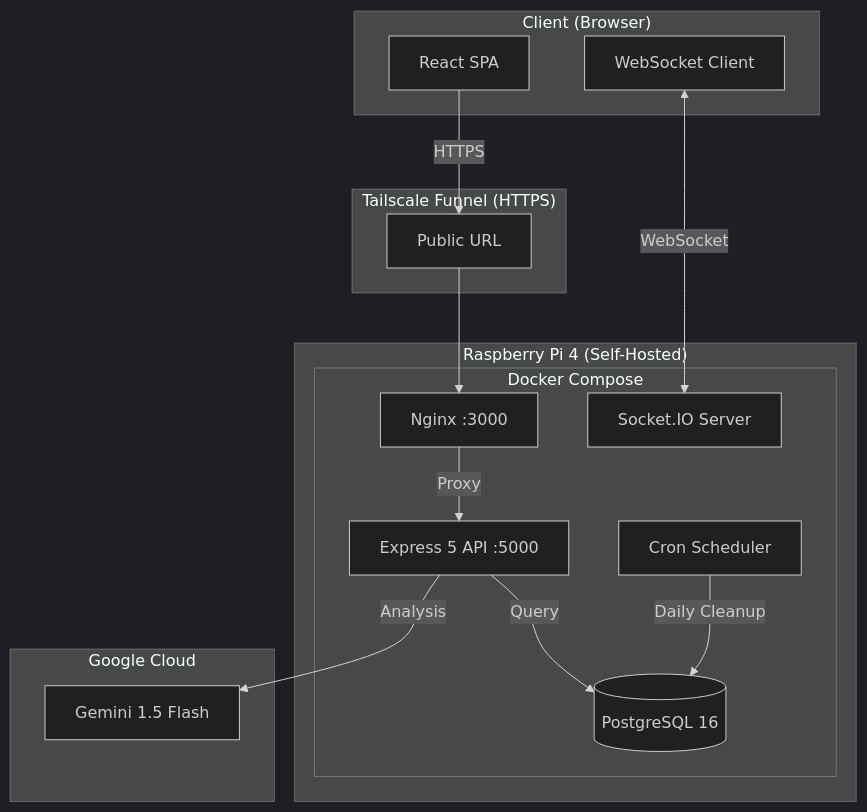
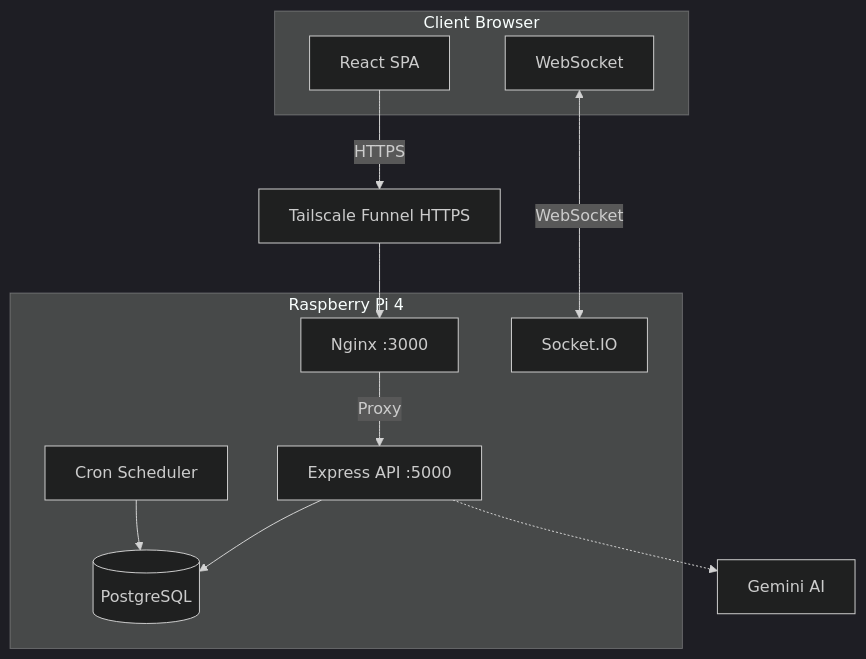
The third of 11 diagrams in README.md (doublesilver/subway-board), drawn with Mermaid (dark theme) before and after one commit. The commit also changed other lines of this file, not shown here.

Commit message:
fix: simplify mermaid diagrams for better rendering
- Remove nested subgraphs that cause rendering issues
- Simplify node names and connections
- Fix broken flowchart connections

````diff
--- a/README.md
+++ b/README.md
@@ -204,33 +195,27 @@
 ```mermaid
 flowchart TB
-    subgraph Client["Client (Browser)"]
+    subgraph Client["Client Browser"]
         ReactApp[React SPA]
-        WS_Client[WebSocket Client]
+        WS_Client[WebSocket]
     end
 
-    subgraph Tailscale["Tailscale Funnel (HTTPS)"]
-        Funnel[Public URL]
+    Tailscale[Tailscale Funnel HTTPS]
+
+    subgraph RaspberryPi["Raspberry Pi 4"]
+        Nginx[Nginx :3000]
+        ExpressAPI[Express API :5000]
+        WS_Server[Socket.IO]
+        Scheduler[Cron Scheduler]
+        PostgreSQL[(PostgreSQL)]
     end
 
-    subgraph RaspberryPi["Raspberry Pi 4 (Self-Hosted)"]
-        subgraph Docker["Docker Compose"]
-            Nginx[Nginx :3000]
-            ExpressAPI[Express 5 API :5000]
-            WS_Server[Socket.IO Server]
-            Scheduler[Cron Scheduler]
-            PostgreSQL[(PostgreSQL 16)]
-        end
-    end
+    Gemini[Gemini AI]
 
-    subgraph AI_Service["Google Cloud"]
-        Gemini_API[Gemini 1.5 Flash]
-    end
-
-    ReactApp -->|HTTPS| Funnel
-    Funnel --> Nginx
+    ReactApp -->|HTTPS| Tailscale
+    Tailscale --> Nginx
     Nginx -->|Proxy| ExpressAPI
     WS_Client <-->|WebSocket| WS_Server
-    ExpressAPI -->|Query| PostgreSQL
-    ExpressAPI -->|Analysis| Gemini_API
-    Scheduler -->|Daily Cleanup| PostgreSQL
+    ExpressAPI --> PostgreSQL
+    ExpressAPI -.-> Gemini
+    Scheduler --> PostgreSQL
 ```
````
